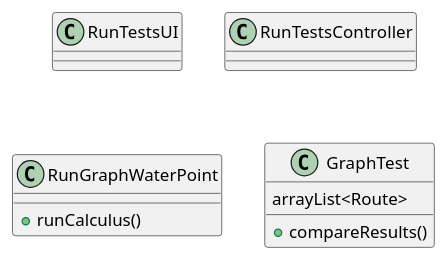
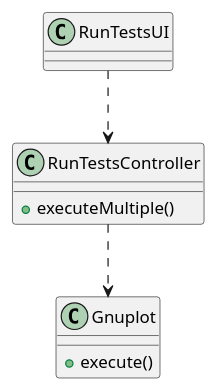
One commit to ricardomm7/leaflink changed the diagram in docs/sprintB/us014/03.design/puml/us014-class-diagram.puml. Above: the diagram before and after it, drawn with PlantUML. The commit also changed 19 other files, not shown here.

```diff
--- a/docs/sprintB/us014/03.design/puml/us014-class-diagram.puml
+++ b/docs/sprintB/us014/03.design/puml/us014-class-diagram.puml
@@ -1,23 +1,21 @@
 @startuml
 skinparam packageStyle rectangle
 skinparam shadowing false
 skinparam linetype polyline
 
 
 class RunTestsUI{
 }
 
 class RunTestsController{
++ executeMultiple()
 }
 
-class RunGraphWaterPoint {
-    + runCalculus()
+class Gnuplot {
+    + execute()
 }
 
-class GraphTest {
-    arrayList<Route>
-    + compareResults()
-}
-
+RunTestsUI..>RunTestsController
+RunTestsController..>Gnuplot
 
 @enduml
```
